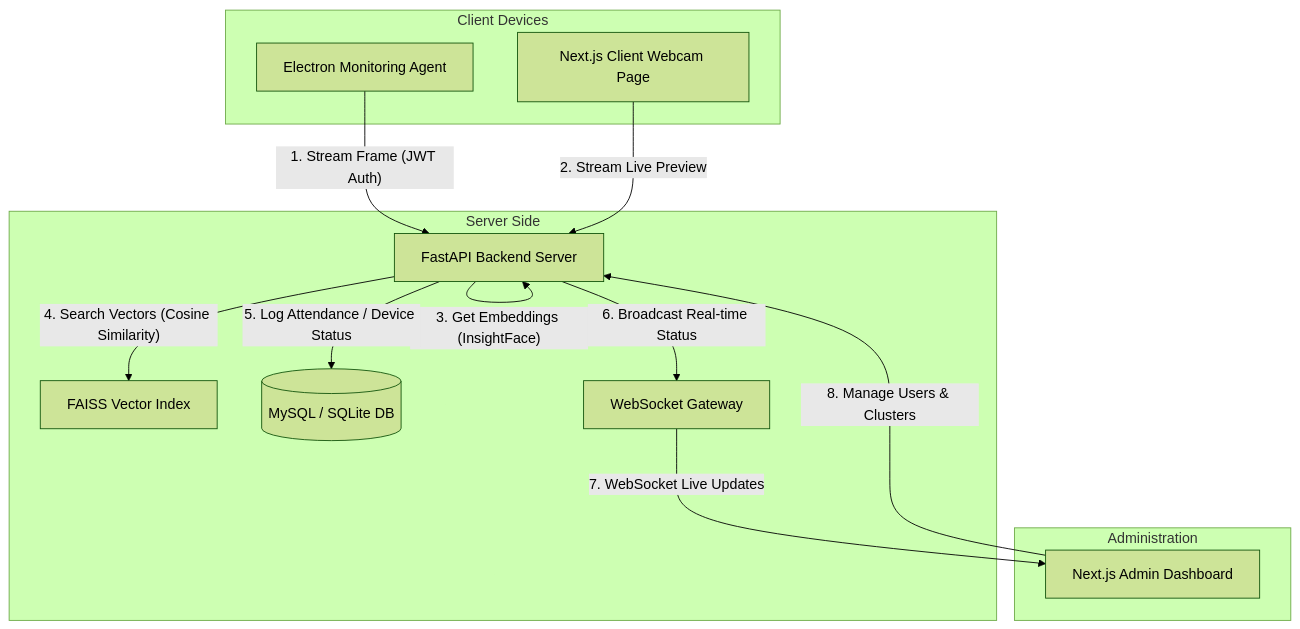
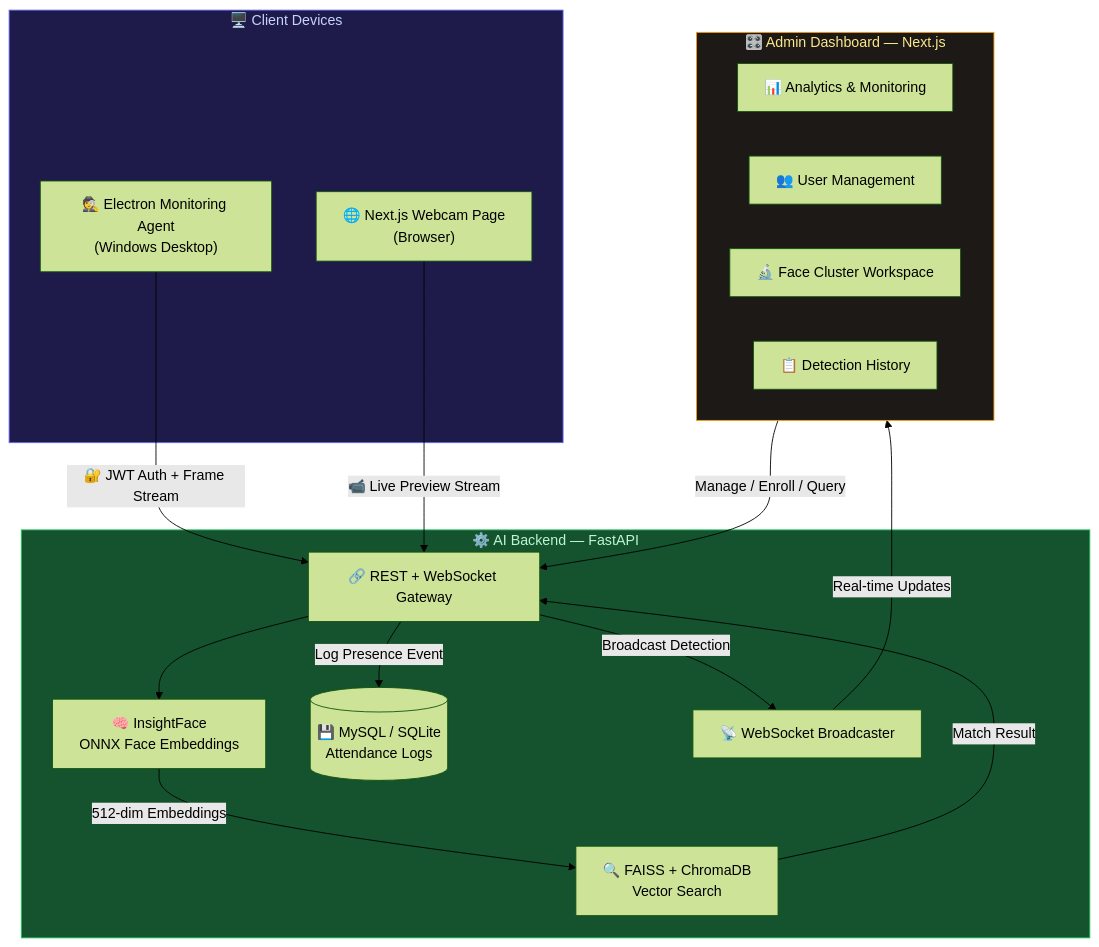
Before and after one commit to anuragkumar012/Face-Detection-system-: the first of 2 diagrams in README.md, drawn with Mermaid (forest theme). The commit also changed other lines of this file, not shown here.

````diff
--- a/README.md
+++ b/README.md
@@ -19,27 +42,36 @@
 ```mermaid
 flowchart TD
-    subgraph Client Devices
-        MA[Electron Monitoring Agent]
-        FR[Next.js Client Webcam Page]
+    subgraph Clients["🖥️ Client Devices"]
+        MA["🕵️ Electron Monitoring Agent\n(Windows Desktop)"]
+        WC["🌐 Next.js Webcam Page\n(Browser)"]
     end
 
-    subgraph Server Side
-        API[FastAPI Backend Server]
-        FAISS[FAISS Vector Index]
-        DB[(MySQL / SQLite DB)]
-        WS[WebSocket Gateway]
+    subgraph Backend["⚙️ AI Backend — FastAPI"]
+        API["🔗 REST + WebSocket Gateway"]
+        INS["🧠 InsightFace\nONNX Face Embeddings"]
+        VEC["🔍 FAISS + ChromaDB\nVector Search"]
+        DB[("💾 MySQL / SQLite\nAttendance Logs")]
+        WS["📡 WebSocket Broadcaster"]
     end
 
-    subgraph Administration
-        FE[Next.js Admin Dashboard]
+    subgraph Dashboard["🎛️ Admin Dashboard — Next.js"]
+        DASH["📊 Analytics & Monitoring"]
+        USERS["👥 User Management"]
+        CLUS["🔬 Face Cluster Workspace"]
+        HIST["📋 Detection History"]
     end
 
-    MA -- 1. Stream Frame (JWT Auth) --> API
-    FR -- 2. Stream Live Preview --> API
-    API -- 3. Get Embeddings (InsightFace) --> API
-    API -- 4. Search Vectors (Cosine Similarity) --> FAISS
-    API -- 5. Log Attendance / Device Status --> DB
-    API -- 6. Broadcast Real-time Status --> WS
-    WS -- 7. WebSocket Live Updates --> FE
-    FE -- 8. Manage Users & Clusters --> API
+    MA -- "🔐 JWT Auth + Frame Stream" --> API
+    WC -- "📹 Live Preview Stream" --> API
+    API --> INS
+    INS -- "512-dim Embeddings" --> VEC
+    VEC -- "Match Result" --> API
+    API -- "Log Presence Event" --> DB
+    API -- "Broadcast Detection" --> WS
+    WS -- "Real-time Updates" --> Dashboard
+    Dashboard -- "Manage / Enroll / Query" --> API
+
+    style Clients fill:#1e1b4b,color:#c7d2fe,stroke:#6366f1
+    style Backend fill:#14532d,color:#bbf7d0,stroke:#22c55e
+    style Dashboard fill:#1c1917,color:#fde68a,stroke:#f59e0b
 ```
````
